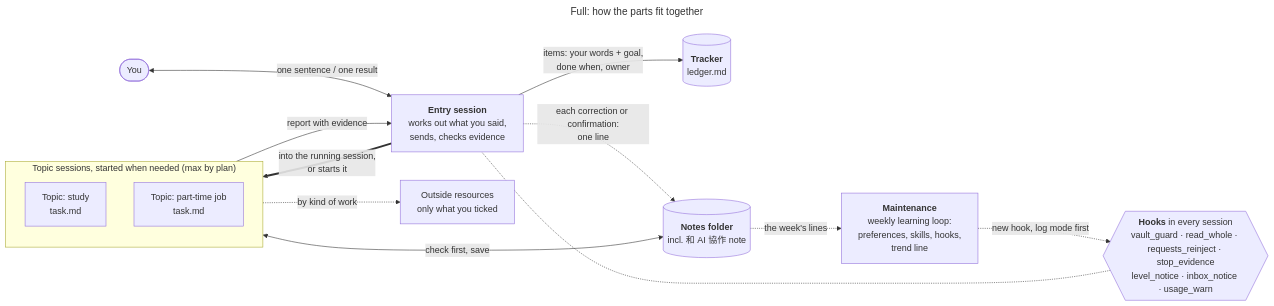
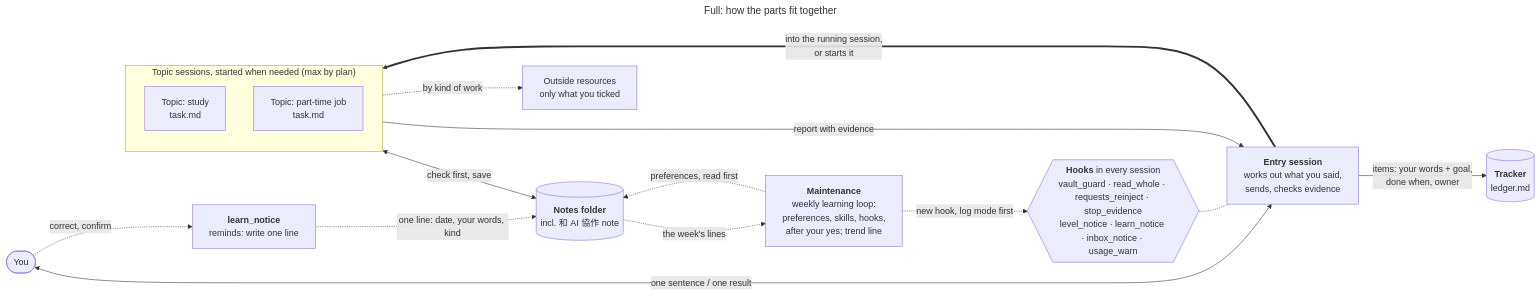
The first of 6 diagrams in docs/ADVANCED.md (0Smallcat0/second-brain-kit), drawn with Mermaid before and after one commit. The commit also changed other lines of this file and 36 other files, not shown here.

````diff
--- a/docs/ADVANCED.md
+++ b/docs/ADVANCED.md
@@ -82,21 +82,23 @@
 ```mermaid
 ---
 title: "Full: how the parts fit together"
 ---
 flowchart LR
   You(["You"]) <-->|"one sentence / one result"| Entry["<b>Entry session</b><br/>works out what you said,<br/>sends, checks evidence"]
   Entry -->|"items: your words + goal,<br/>done when, owner"| Tracker[("<b>Tracker</b><br/>ledger.md")]
   subgraph Topics["Topic sessions, started when needed (max by plan)"]
     TA["Topic: study<br/>task.md"]
     TB["Topic: part-time job<br/>task.md"]
   end
   Entry ==>|"into the running session,<br/>or starts it"| Topics
   Topics -->|"report with evidence"| Entry
   Topics <-->|"check first, save"| Vault[("<b>Notes folder</b><br/>incl. 和 AI 協作 note")]
-  Entry -.->|"each correction or confirmation:<br/>one line"| Vault
-  Mnt["<b>Maintenance</b><br/>weekly learning loop:<br/>preferences, skills, hooks,<br/>trend line"]
+  You -.->|"correct, confirm"| LN["<b>learn_notice</b><br/>reminds: write one line"]
+  LN -.->|"one line: date, your words, kind"| Vault
+  Mnt["<b>Maintenance</b><br/>weekly learning loop:<br/>preferences, skills, hooks,<br/>after your yes; trend line"]
   Vault -.->|"the week's lines"| Mnt
+  Mnt -.->|"preferences, read first"| Vault
   Mnt -.->|"new hook, log mode first"| Hooks
   Topics -.->|by kind of work| Res["Outside resources<br/>only what you ticked"]
-  Hooks{{"<b>Hooks</b> in every session<br/>vault_guard · read_whole · requests_reinject · stop_evidence<br/>level_notice · inbox_notice · usage_warn"}} -.- Entry
+  Hooks{{"<b>Hooks</b> in every session<br/>vault_guard · read_whole · requests_reinject · stop_evidence<br/>level_notice · learn_notice · inbox_notice · usage_warn"}} -.- Entry
 ```
````
